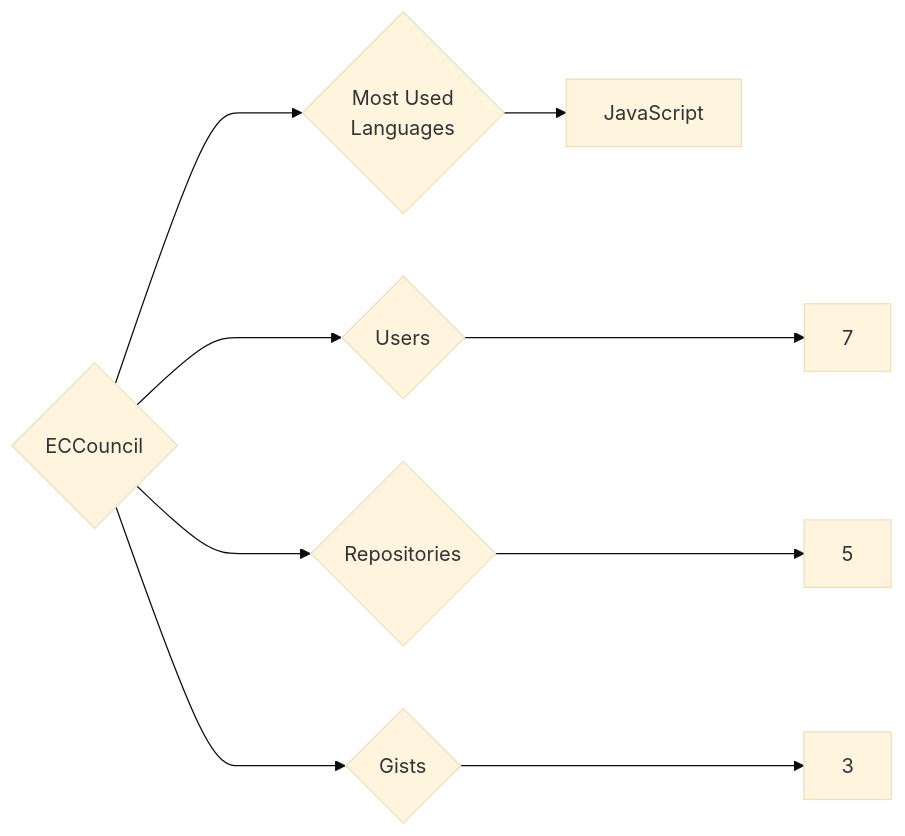
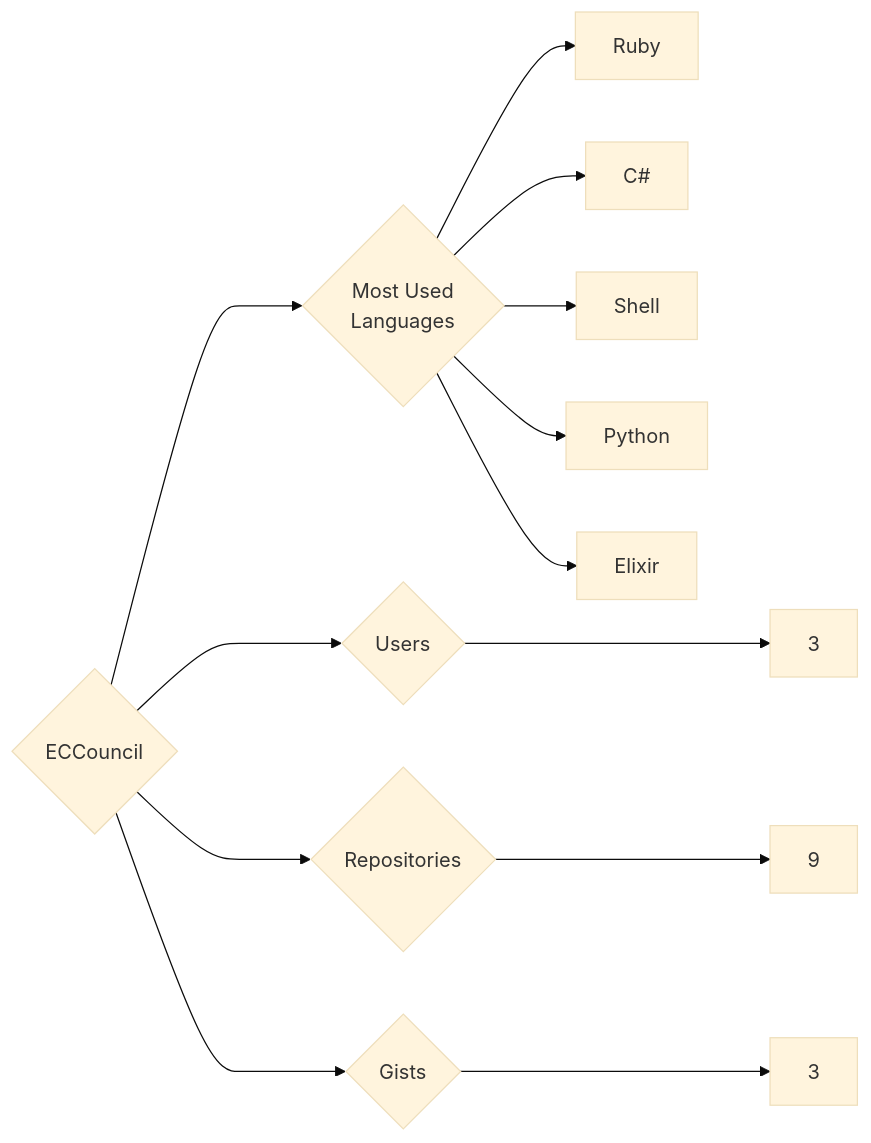
The diagram in targets/ECCouncil/README.md (trickest/insiders), drawn with Mermaid (base theme) before and after one commit. The commit also changed 1092 other files, not shown here.

````diff
--- a/targets/ECCouncil/README.md
+++ b/targets/ECCouncil/README.md
@@ -3,9 +3,13 @@
 ```mermaid
 graph LR
 COMPANY_NAME{ECCouncil}
-COMPANY_NAME ---> U{Users} ---> UN[7]
-COMPANY_NAME ---> R{Repositories} ---> RN[5]
+COMPANY_NAME ---> U{Users} ---> UN[3]
+COMPANY_NAME ---> R{Repositories} ---> RN[9]
 COMPANY_NAME ---> G{Gists} ---> GN[3]
 COMPANY_NAME ---> ML{Most Used<br>Languages}
-ML --> JavaScript[JavaScript]
+ML --> Ruby[Ruby]
+ML --> C#[C#]
+ML --> Shell[Shell]
+ML --> Python[Python]
+ML --> Elixir[Elixir]
 ```
````
